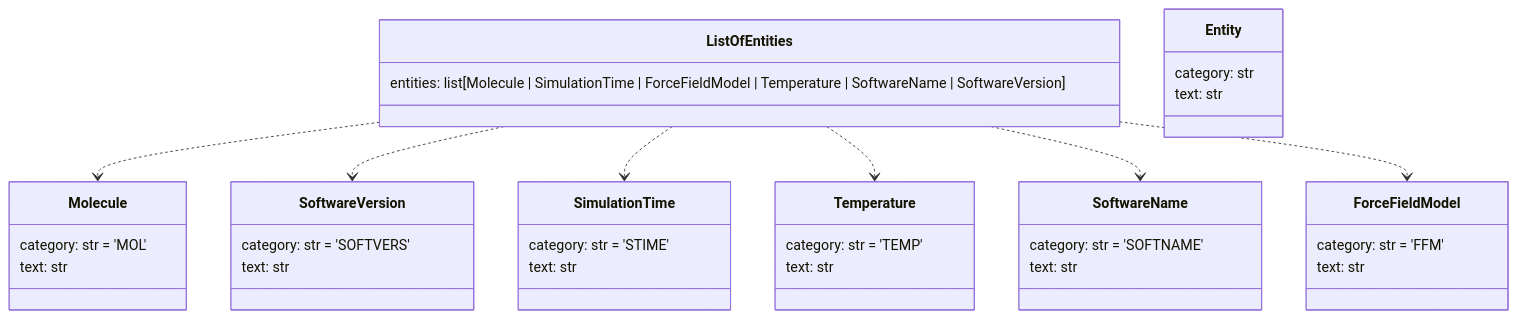
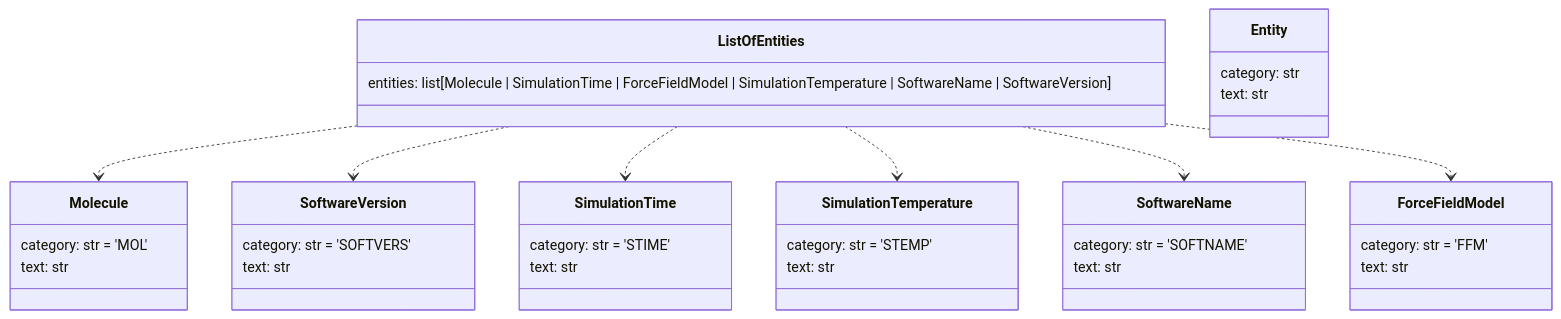
One commit to MDverse/mdner_llm changed the diagram in README.md. Above: the diagram before and after it, drawn with Mermaid. The commit also changed other lines of this file and 2 other files, not shown here.

Commit message:
feat: add consensus aggregation functionality and score attribute to entity model

````diff
--- a/README.md
+++ b/README.md
@@ -18,48 +18,48 @@
 ```mermaid
 classDiagram
     class ListOfEntities {
-        entities: list[Molecule | SimulationTime | ForceFieldModel | Temperature | SoftwareName | SoftwareVersion]
+        entities: list[Molecule | SimulationTime | ForceFieldModel | SimulationTemperature | SoftwareName | SoftwareVersion]
     }
 
     class SoftwareVersion {
         category: str = 'SOFTVERS'
         text: str
     }
 
-    class Temperature {
-        category: str = 'TEMP'
+    class SimulationTemperature {
+        category: str = 'STEMP'
         text: str
     }
 
     class SimulationTime {
         category: str = 'STIME'
         text: str
     }
 
     class Molecule {
         category: str = 'MOL'
         text: str
     }
 
     class SoftwareName {
         category: str = 'SOFTNAME'
         text: str
     }
 
     class ForceFieldModel {
         category: str = 'FFM'
         text: str
     }
 
     class Entity {
         category: str
         text: str
     }
 
     ListOfEntities ..> Molecule
     ListOfEntities ..> SoftwareVersion
     ListOfEntities ..> SimulationTime
-    ListOfEntities ..> Temperature
+    ListOfEntities ..> SimulationTemperature
     ListOfEntities ..> SoftwareName
     ListOfEntities ..> ForceFieldModel
 ```
````
